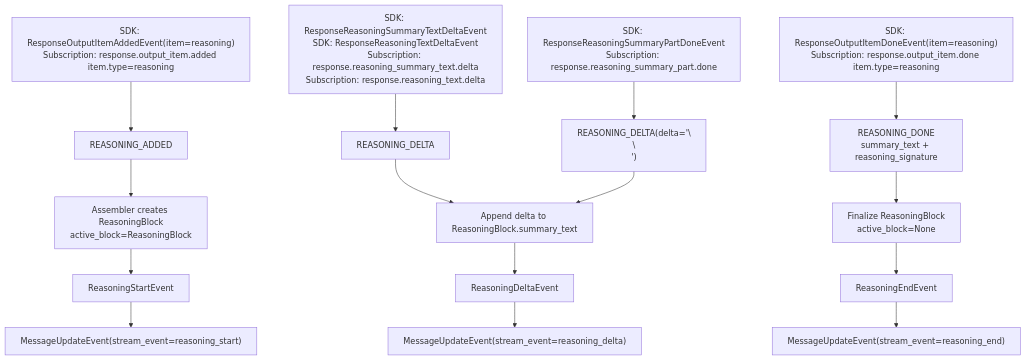
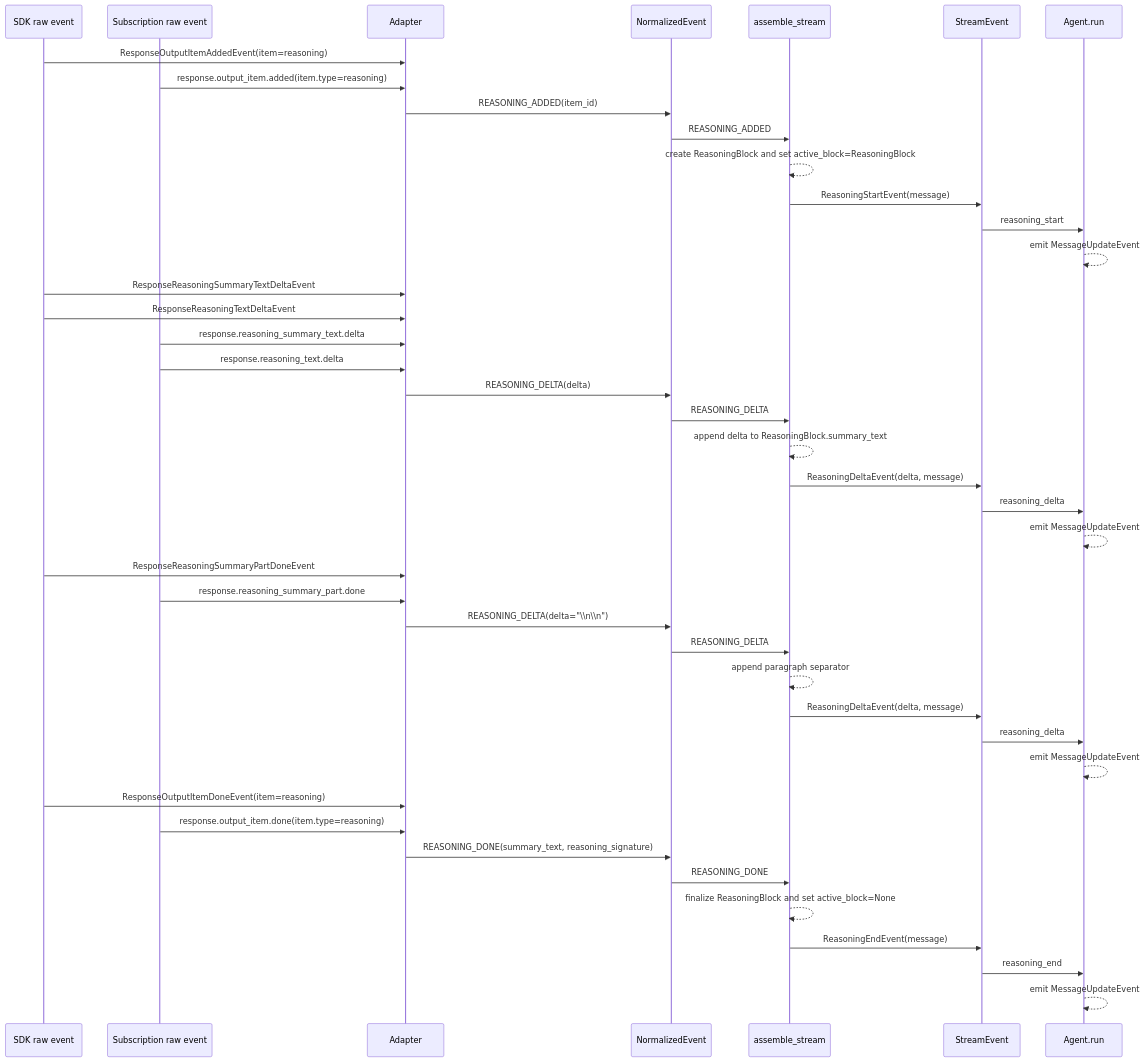
The third of 8 diagrams in docs/openai-stream-event-lifecycle.md (muneebshahid/tile), drawn with Mermaid before and after one commit. The commit also changed other lines of this file, not shown here.

Commit message:
Refactor OpenAI Stream Event Lifecycle documentation with updated Mermaid diagrams for clarity and consistency

````diff
--- a/docs/openai-stream-event-lifecycle.md
+++ b/docs/openai-stream-event-lifecycle.md
@@ -61,28 +66,48 @@
 ```mermaid
-flowchart TD
-    raw_reasoning_added["SDK: ResponseOutputItemAddedEvent(item=reasoning)<br/>Subscription: response.output_item.added item.type=reasoning"]
-    normalized_reasoning_added["REASONING_ADDED"]
-    start_reasoning["Assembler creates ReasoningBlock<br/>active_block=ReasoningBlock"]
-    reasoning_start["ReasoningStartEvent"]
-    agent_reasoning_start["MessageUpdateEvent(stream_event=reasoning_start)"]
+sequenceDiagram
+    participant SDK as SDK raw event
+    participant Sub as Subscription raw event
+    participant Adapter as Adapter
+    participant Norm as NormalizedEvent
+    participant Asm as assemble_stream
+    participant Stream as StreamEvent
+    participant Agent as Agent.run
 
-    raw_reasoning_delta["SDK: ResponseReasoningSummaryTextDeltaEvent<br/>SDK: ResponseReasoningTextDeltaEvent<br/>Subscription: response.reasoning_summary_text.delta<br/>Subscription: response.reasoning_text.delta"]
-    normalized_reasoning_delta["REASONING_DELTA"]
-    append_reasoning["Append delta to ReasoningBlock.summary_text"]
-    reasoning_delta["ReasoningDeltaEvent"]
-    agent_reasoning_delta["MessageUpdateEvent(stream_event=reasoning_delta)"]
+    SDK->>Adapter: ResponseOutputItemAddedEvent(item=reasoning)
+    Sub->>Adapter: response.output_item.added(item.type=reasoning)
+    Adapter->>Norm: REASONING_ADDED(item_id)
+    Norm->>Asm: REASONING_ADDED
+    Asm-->>Asm: create ReasoningBlock and set active_block=ReasoningBlock
+    Asm->>Stream: ReasoningStartEvent(message)
+    Stream->>Agent: reasoning_start
+    Agent-->>Agent: emit MessageUpdateEvent
 
-    raw_reasoning_part_done["SDK: ResponseReasoningSummaryPartDoneEvent<br/>Subscription: response.reasoning_summary_part.done"]
-    normalized_reasoning_separator["REASONING_DELTA(delta='\\n\\n')"]
+    SDK->>Adapter: ResponseReasoningSummaryTextDeltaEvent
+    SDK->>Adapter: ResponseReasoningTextDeltaEvent
+    Sub->>Adapter: response.reasoning_summary_text.delta
+    Sub->>Adapter: response.reasoning_text.delta
+    Adapter->>Norm: REASONING_DELTA(delta)
+    Norm->>Asm: REASONING_DELTA
+    Asm-->>Asm: append delta to ReasoningBlock.summary_text
+    Asm->>Stream: ReasoningDeltaEvent(delta, message)
+    Stream->>Agent: reasoning_delta
+    Agent-->>Agent: emit MessageUpdateEvent
 
-    raw_reasoning_done["SDK: ResponseOutputItemDoneEvent(item=reasoning)<br/>Subscription: response.output_item.done item.type=reasoning"]
-    normalized_reasoning_done["REASONING_DONE<br/>summary_text + reasoning_signature"]
-    finalize_reasoning["Finalize ReasoningBlock<br/>active_block=None"]
-    reasoning_end["ReasoningEndEvent"]
-    agent_reasoning_end["MessageUpdateEvent(stream_event=reasoning_end)"]
+    SDK->>Adapter: ResponseReasoningSummaryPartDoneEvent
+    Sub->>Adapter: response.reasoning_summary_part.done
+    Adapter->>Norm: REASONING_DELTA(delta="\\n\\n")
+    Norm->>Asm: REASONING_DELTA
+    Asm-->>Asm: append paragraph separator
+    Asm->>Stream: ReasoningDeltaEvent(delta, message)
+    Stream->>Agent: reasoning_delta
+    Agent-->>Agent: emit MessageUpdateEvent
 
-    raw_reasoning_added --> normalized_reasoning_added --> start_reasoning --> reasoning_start --> agent_reasoning_start
-    raw_reasoning_delta --> normalized_reasoning_delta --> append_reasoning --> reasoning_delta --> agent_reasoning_delta
-    raw_reasoning_part_done --> normalized_reasoning_separator --> append_reasoning
-    raw_reasoning_done --> normalized_reasoning_done --> finalize_reasoning --> reasoning_end --> agent_reasoning_end
+    SDK->>Adapter: ResponseOutputItemDoneEvent(item=reasoning)
+    Sub->>Adapter: response.output_item.done(item.type=reasoning)
+    Adapter->>Norm: REASONING_DONE(summary_text, reasoning_signature)
+    Norm->>Asm: REASONING_DONE
+    Asm-->>Asm: finalize ReasoningBlock and set active_block=None
+    Asm->>Stream: ReasoningEndEvent(message)
+    Stream->>Agent: reasoning_end
+    Agent-->>Agent: emit MessageUpdateEvent
 ```
````
